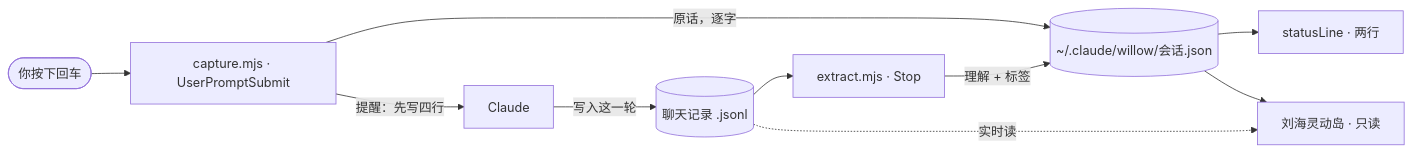
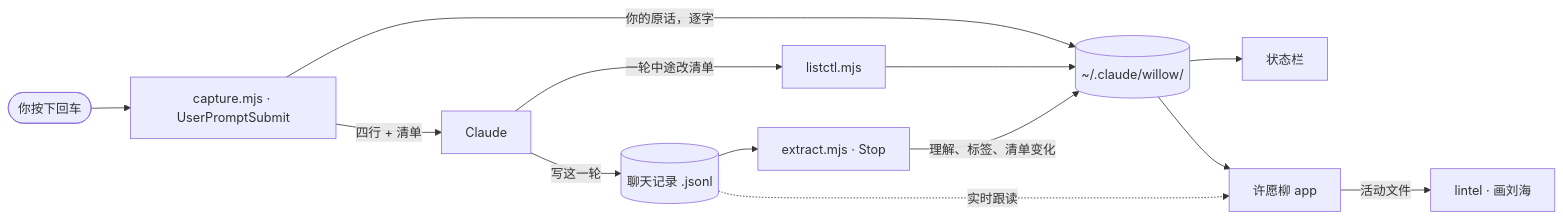
The diagram in README.zh-CN.md (yha9806/wishing-willow), drawn with Mermaid before and after one commit. The commit also changed other lines of this file and 1 other file, not shown here.

First line of the commit message:
README (English and Chinese) for the lintel edition: three-part install, the notch in five states, the conversation's list, five design decisions

````diff
--- a/README.zh-CN.md
+++ b/README.zh-CN.md
@@ -219,12 +148,14 @@
 ```mermaid
 flowchart LR
   you(["你按下回车"]) --> capture["capture.mjs · UserPromptSubmit"]
-  capture -- "原话，逐字" --> state[("~/.claude/willow/会话.json")]
-  capture -- "提醒：先写四行" --> claude["Claude"]
-  claude -- "写入这一轮" --> transcript[("聊天记录 .jsonl")]
+  capture -- "你的原话，逐字" --> state[("~/.claude/willow/")]
+  capture -- "四行 + 清单" --> claude["Claude"]
+  claude -- "写这一轮" --> transcript[("聊天记录 .jsonl")]
+  claude -- "一轮中途改清单" --> listctl["listctl.mjs"] --> state
   transcript --> extract["extract.mjs · Stop"]
-  extract -- "理解 + 标签" --> state
-  state --> statusline["statusLine · 两行"]
-  state --> island["刘海灵动岛 · 只读"]
-  transcript -. "实时读" .-> island
+  extract -- "理解、标签、清单变化" --> state
+  state --> statusline["状态栏"]
+  state --> app["许愿柳 app"]
+  transcript -. "实时跟读" .-> app
+  app -- "活动文件" --> lintel["lintel · 画刘海"]
 ```
````
